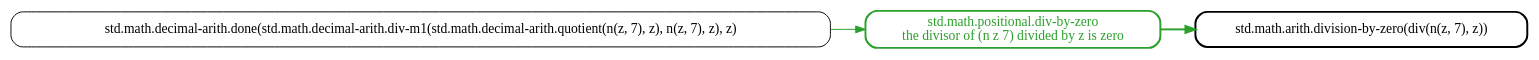
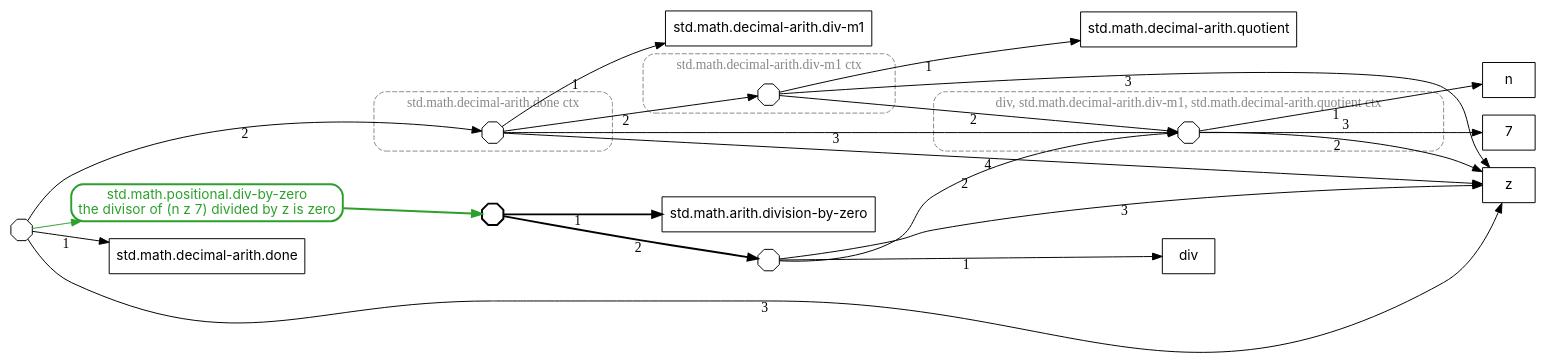
One commit to agutikov/ein changed the diagram in docs/ein/user/03-syntax-and-semantics/diagrams/10-div-by-zero-flagged.dot. Above: the diagram before and after it, drawn with Graphviz. The commit also changed 254 other files, not shown here.

```diff
--- a/docs/ein/user/03-syntax-and-semantics/diagrams/10-div-by-zero-flagged.dot
+++ b/docs/ein/user/03-syntax-and-semantics/diagrams/10-div-by-zero-flagged.dot
@@ -1,8 +1,42 @@
-digraph step12 {
+digraph step15 {
   rankdir=LR;
-  "f_9934285045" [label="std.math.decimal-arith.done(std.math.decimal-arith.div-m1(std.math.decimal-arith.quotient(n(z, 7), z), n(z, 7), z), z)", shape=box, style=rounded];
-  "f_eab79754f0" [label="std.math.arith.division-by-zero(div(n(z, 7), z))", shape=box, style=rounded, penwidth=2];
+  node [fontname="Inter", shape=box];
+  ranksep=0.55;
+  "f_9934285045" [shape=octagon, label="", width=0.3, height=0.3, fixedsize=true];
+  "f_eab79754f0" [shape=octagon, label="", width=0.3, height=0.3, fixedsize=true, penwidth=2];
+  "f_31efc4325b" [shape=octagon, label="", width=0.3, height=0.3, fixedsize=true];
+  newrank=true;
+  subgraph cluster_ctx_0 {
+    label="div, std.math.decimal-arith.div-m1, std.math.decimal-arith.quotient ctx"; style="dashed,rounded"; color="#888888"; fontcolor="#888888";
+    "f_0cb3773012" [shape=octagon, label="", width=0.3, height=0.3, fixedsize=true];
+  }
+  subgraph cluster_ctx_1 {
+    label="std.math.decimal-arith.div-m1 ctx"; style="dashed,rounded"; color="#888888"; fontcolor="#888888";
+    "f_6c93b95ea5" [shape=octagon, label="", width=0.3, height=0.3, fixedsize=true];
+  }
+  subgraph cluster_ctx_2 {
+    label="std.math.decimal-arith.done ctx"; style="dashed,rounded"; color="#888888"; fontcolor="#888888";
+    "f_0996b70fe8" [shape=octagon, label="", width=0.3, height=0.3, fixedsize=true];
+  }
   "fire0_std.math.positional.div-by-zero" [shape=box, style="rounded,bold", color="#2ca02c", fontcolor="#2ca02c", label="std.math.positional.div-by-zero\nthe divisor of (n z 7) divided by z is zero"];
+  "f_9934285045" -> "std.math.decimal-arith.done" [xlabel="1"];
+  "f_9934285045" -> "f_0996b70fe8" [xlabel="2"];
+  "f_9934285045" -> "z" [xlabel="3"];
+  "f_eab79754f0" -> "std.math.arith.division-by-zero" [xlabel="1", penwidth=2];
+  "f_eab79754f0" -> "f_31efc4325b" [xlabel="2", penwidth=2];
+  "f_0996b70fe8" -> "std.math.decimal-arith.div-m1" [xlabel="1"];
+  "f_0996b70fe8" -> "f_6c93b95ea5" [xlabel="2"];
+  "f_0996b70fe8" -> "f_0cb3773012" [xlabel="3"];
+  "f_0996b70fe8" -> "z" [xlabel="4"];
+  "f_31efc4325b" -> "div" [xlabel="1"];
+  "f_31efc4325b" -> "f_0cb3773012" [xlabel="2"];
+  "f_31efc4325b" -> "z" [xlabel="3"];
+  "f_6c93b95ea5" -> "std.math.decimal-arith.quotient" [xlabel="1"];
+  "f_6c93b95ea5" -> "f_0cb3773012" [xlabel="2"];
+  "f_6c93b95ea5" -> "z" [xlabel="3"];
+  "f_0cb3773012" -> "n" [xlabel="1"];
+  "f_0cb3773012" -> "z" [xlabel="2"];
+  "f_0cb3773012" -> "7" [xlabel="3"];
   "f_9934285045" -> "fire0_std.math.positional.div-by-zero" [color="#2ca02c"];
   "fire0_std.math.positional.div-by-zero" -> "f_eab79754f0" [color="#2ca02c", style=bold];
 }
```
